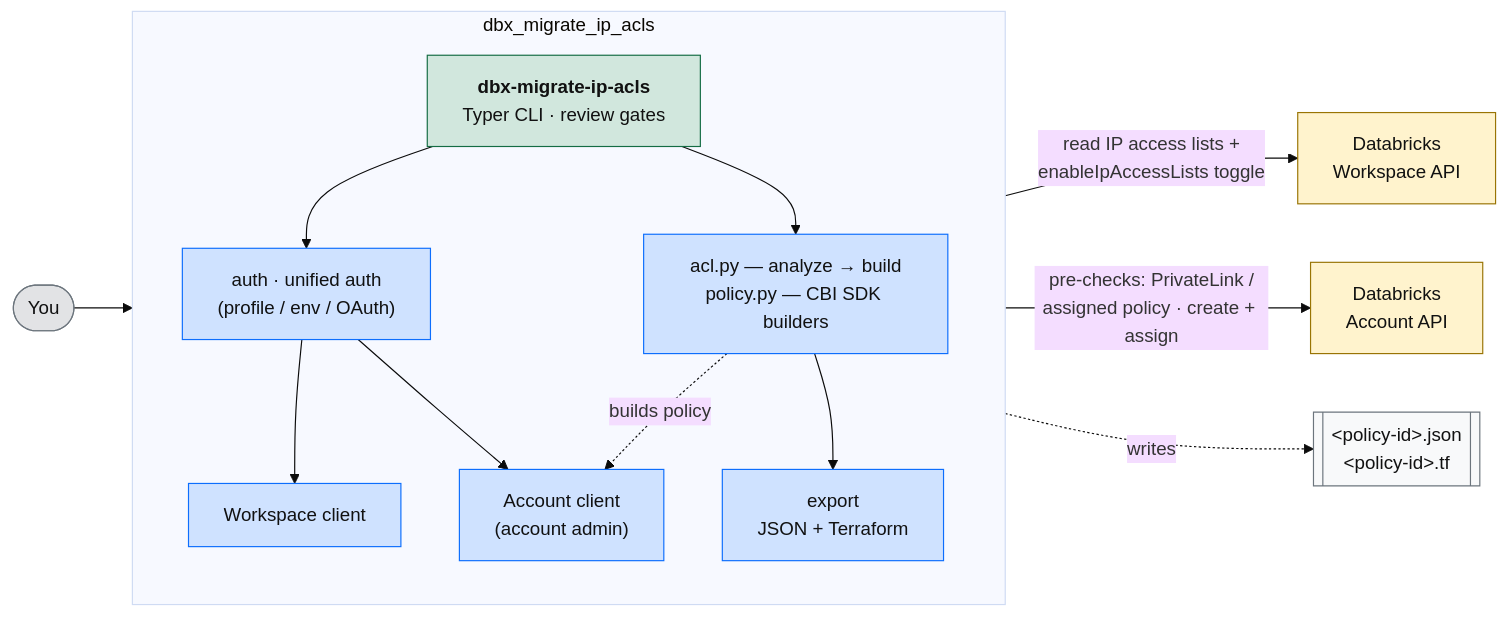
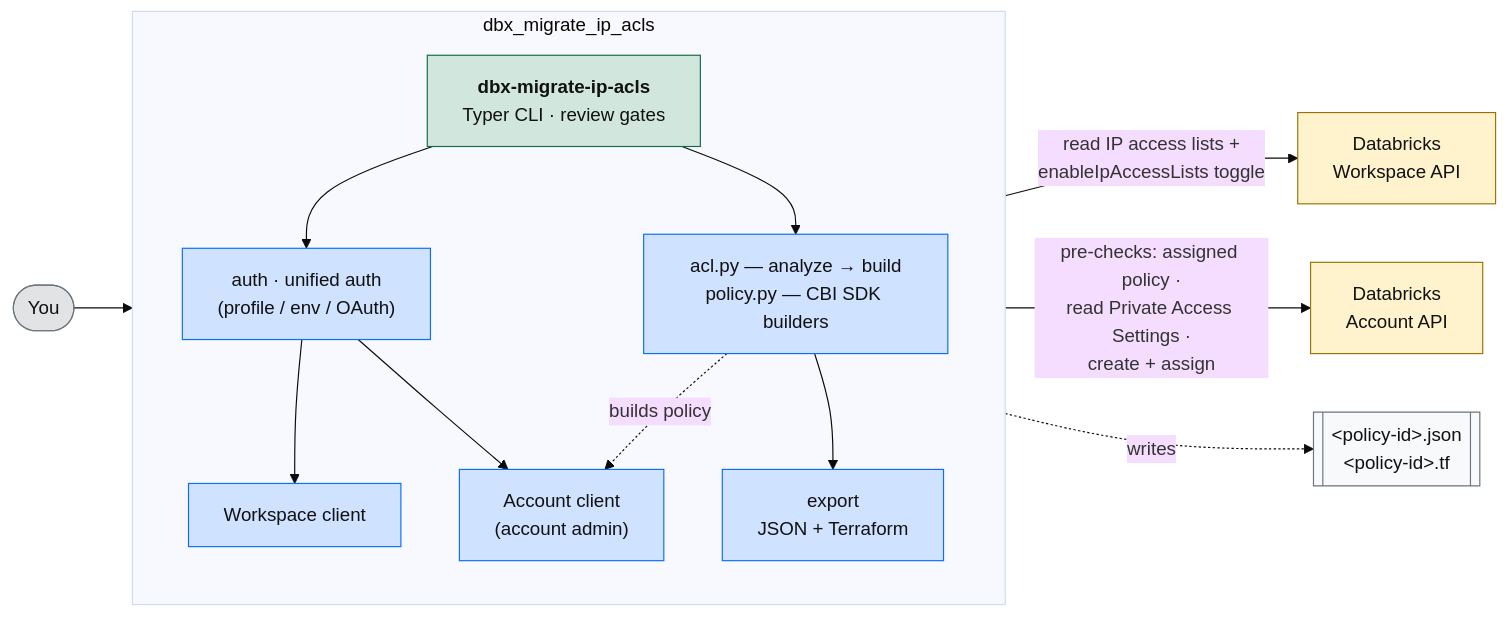
One commit to databrickslabs/migrate-ip-acls changed the first of 2 diagrams in README.md. Above: the diagram before and after it, drawn with Mermaid (base theme). The commit also changed other lines of this file and 10 other files, not shown here.

First line of the commit message:
Migrate front-end PrivateLink (AWS/GCP) into CBI; per-dimension public/private handling (#18)

````diff
--- a/README.md
+++ b/README.md
@@ -51,29 +51,29 @@
 ```mermaid
 flowchart LR
     U(["You"]) --> CLI["<b>dbx-migrate-ip-acls</b><br/>Typer CLI · review gates"]
 
     subgraph TOOL["dbx_migrate_ip_acls"]
         direction TB
         CLI --> AUTH["auth · unified auth<br/>(profile / env / OAuth)"]
         AUTH --> WSC["Workspace client"]
         AUTH --> ACC["Account client<br/>(account admin)"]
         CLI --> ENG["acl.py — analyze → build<br/>policy.py — CBI SDK builders"]
         ENG --> EXP["export<br/>JSON + Terraform"]
     end
 
     WSC -->|"read IP access lists +<br/>enableIpAccessLists toggle"| WAPI["Databricks<br/>Workspace API"]
     ENG -. builds policy .-> ACC
-    ACC -->|"pre-checks: PrivateLink /<br/>assigned policy · create + assign"| AAPI["Databricks<br/>Account API"]
+    ACC -->|"pre-checks: assigned policy ·<br/>read Private Access Settings ·<br/>create + assign"| AAPI["Databricks<br/>Account API"]
     EXP -. writes .-> FILES[["&lt;policy-id&gt;.json<br/>&lt;policy-id&gt;.tf"]]
 
     classDef you fill:#e2e3e5,stroke:#6c757d,color:#111
     classDef cli fill:#d1e7dd,stroke:#146c43,color:#111
     classDef comp fill:#cfe2ff,stroke:#0d6efd,color:#111
     classDef ext fill:#fff3cd,stroke:#997404,color:#111
     classDef file fill:#f8f9fa,stroke:#6c757d,color:#111
     class U you
     class CLI cli
     class AUTH,WSC,ACC,ENG,EXP comp
     class WAPI,AAPI ext
     class FILES file
 ```
````
